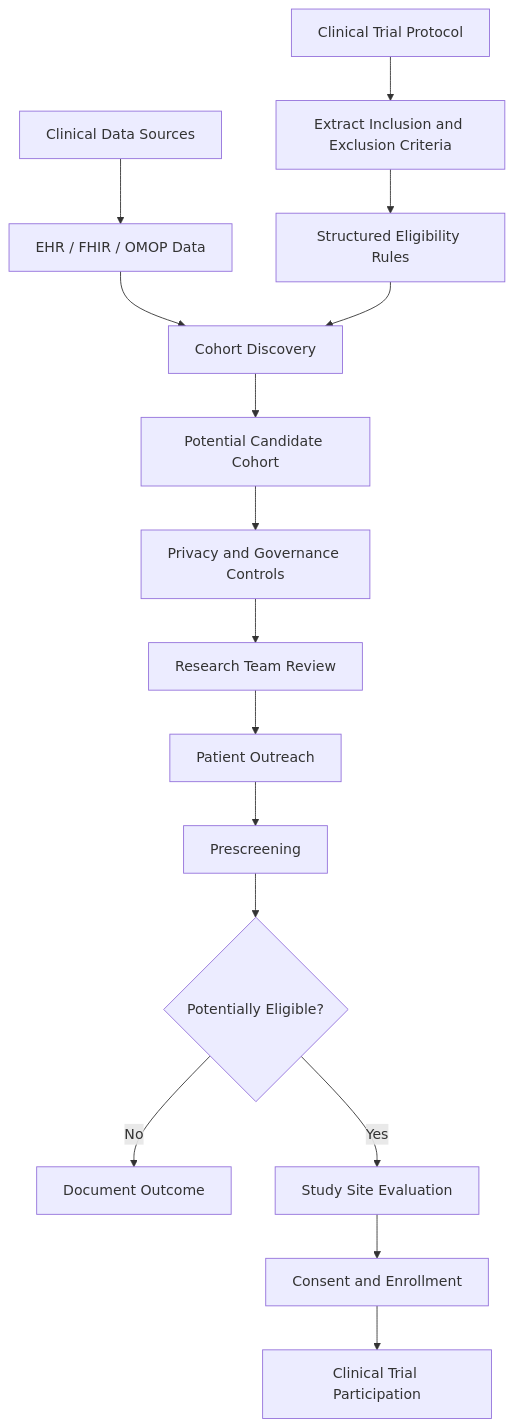
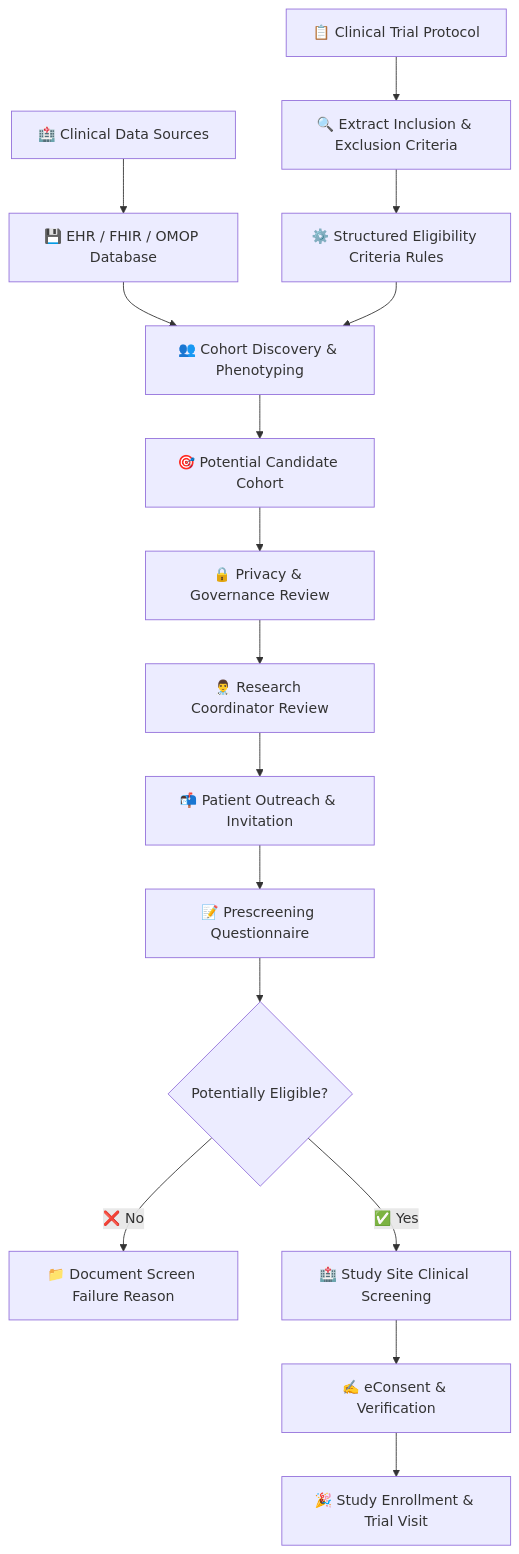
Before and after one commit to ishandutta2007/Awesome-Patient-Recruitment: the first of 4 diagrams in README.md, drawn with Mermaid. The commit also changed other lines of this file and 1 other file, not shown here.

````diff
--- a/README.md
+++ b/README.md
@@ -652,47 +364,24 @@
 ```mermaid
+flowchart TD
+    A[📋 Clinical Trial Protocol] --> B[🔍 Extract Inclusion & Exclusion Criteria]
+    B --> C[⚙️ Structured Eligibility Criteria Rules]
 
-flowchart TD
-
-    A[Clinical Trial Protocol] --> B[Extract Inclusion and Exclusion Criteria]
-
-    B --> C[Structured Eligibility Rules]
-
-
-
-    D[Clinical Data Sources] --> E[EHR / FHIR / OMOP Data]
-
-    E --> F[Cohort Discovery]
-
-
+    D[🏥 Clinical Data Sources] --> E[💾 EHR / FHIR / OMOP Database]
+    E --> F[👥 Cohort Discovery & Phenotyping]
 
     C --> F
 
+    F --> G[🎯 Potential Candidate Cohort]
+    G --> H[🔒 Privacy & Governance Review]
+    H --> I[👨‍⚕️ Research Coordinator Review]
 
-
-    F --> G[Potential Candidate Cohort]
-
-    G --> H[Privacy and Governance Controls]
-
-    H --> I[Research Team Review]
-
-
-
-    I --> J[Patient Outreach]
-
-    J --> K[Prescreening]
+    I --> J[📬 Patient Outreach & Invitation]
+    J --> K[📝 Prescreening Questionnaire]
 
     K --> L{Potentially Eligible?}
+    L -->|❌ No| M[📁 Document Screen Failure Reason]
+    L -->|✅ Yes| N[🏥 Study Site Clinical Screening]
 
-
-
-    L -->|No| M[Document Outcome]
-
-    L -->|Yes| N[Study Site Evaluation]
-
-
-
-    N --> O[Consent and Enrollment]
-
-    O --> P[Clinical Trial Participation]
-
+    N --> O[✍️ eConsent & Verification]
+    O --> P[🎉 Study Enrollment & Trial Visit]
 ```
````
